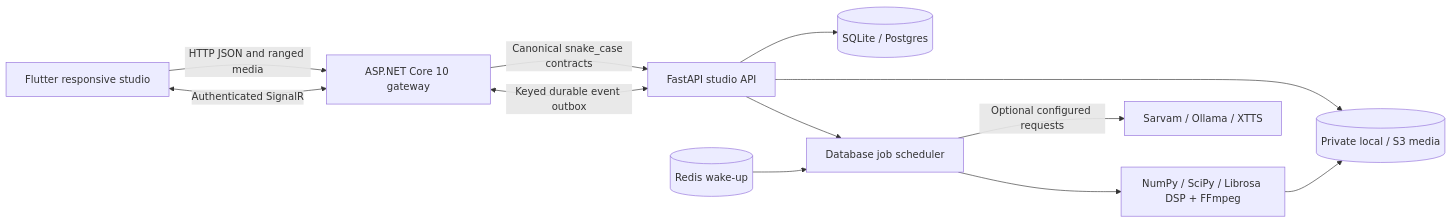
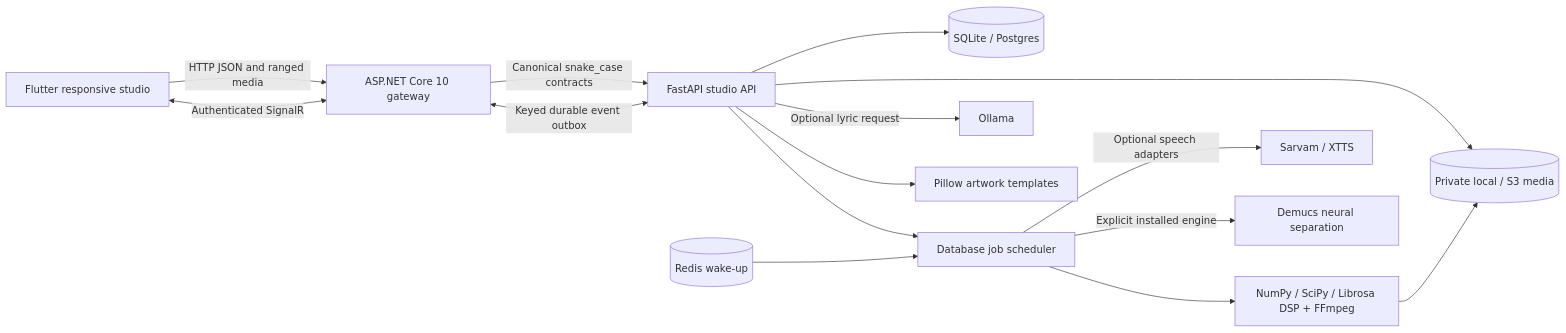
One commit to archit-singhania/AureonMusicAI changed the diagram in docs/ARCHITECTURE.md. Above: the diagram before and after it, drawn with Mermaid. The commit also changed other lines of this file and 39 other files, not shown here.

````diff
--- a/docs/ARCHITECTURE.md
+++ b/docs/ARCHITECTURE.md
@@ -3,14 +3,17 @@
 ```mermaid
 flowchart LR
   UI[Flutter responsive studio] -->|HTTP JSON and ranged media| Gateway[ASP.NET Core 10 gateway]
   UI <-->|Authenticated SignalR| Gateway
   Gateway -->|Canonical snake_case contracts| API[FastAPI studio API]
   Gateway <-->|Keyed durable event outbox| API
   API --> DB[(SQLite / Postgres)]
   API --> Media[(Private local / S3 media)]
   API --> Queue[Database job scheduler]
   Redis[(Redis wake-up)] --> Queue
   Queue --> DSP[NumPy / SciPy / Librosa DSP + FFmpeg]
   DSP --> Media
-  Queue -->|Optional configured requests| Providers[Sarvam / Ollama / XTTS]
+  Queue -->|Optional speech adapters| Providers[Sarvam / XTTS]
+  Queue -->|Explicit installed engine| Neural[Demucs neural separation]
+  API -->|Optional lyric request| LLM[Ollama]
+  API --> Cover[Pillow artwork templates]
 ```
````
